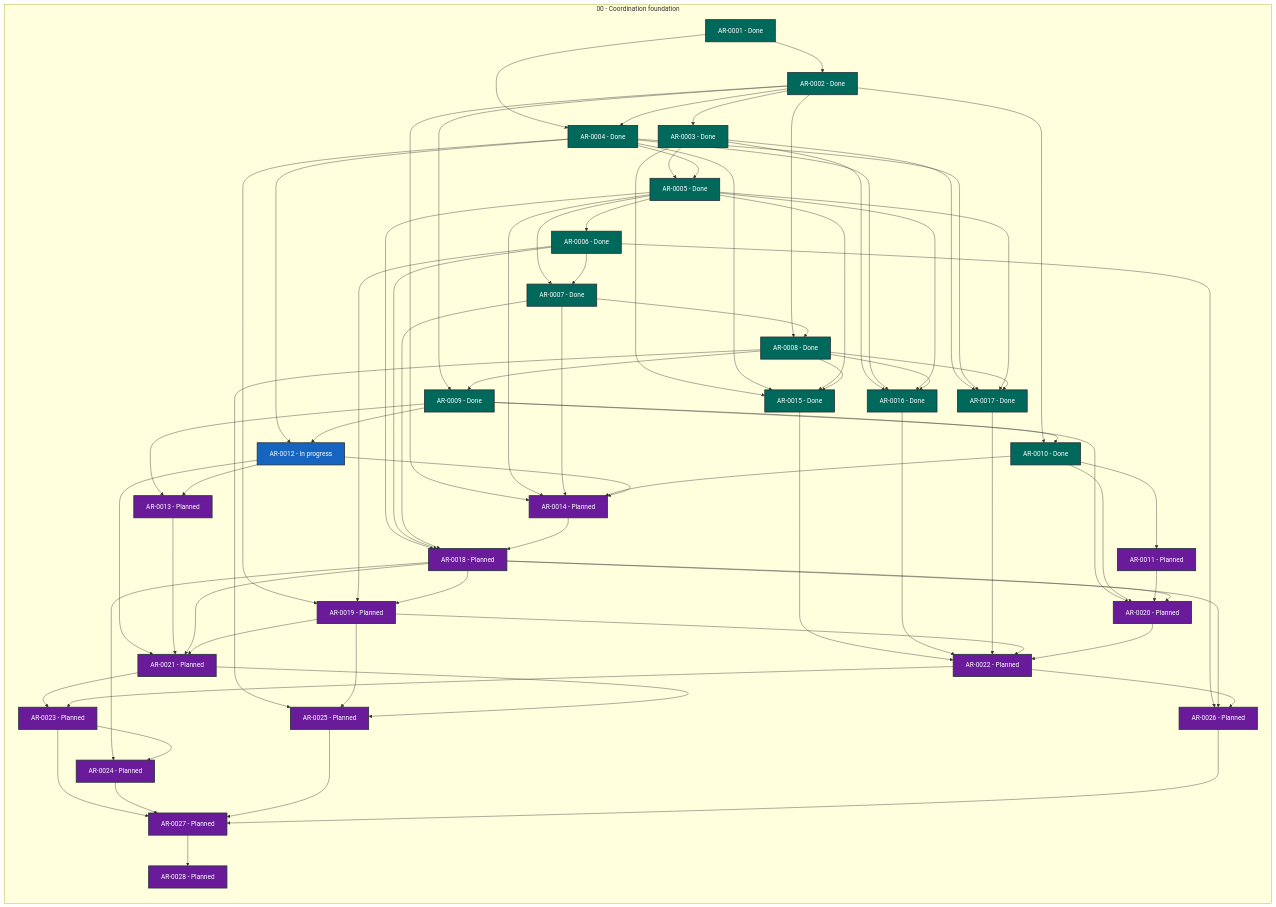
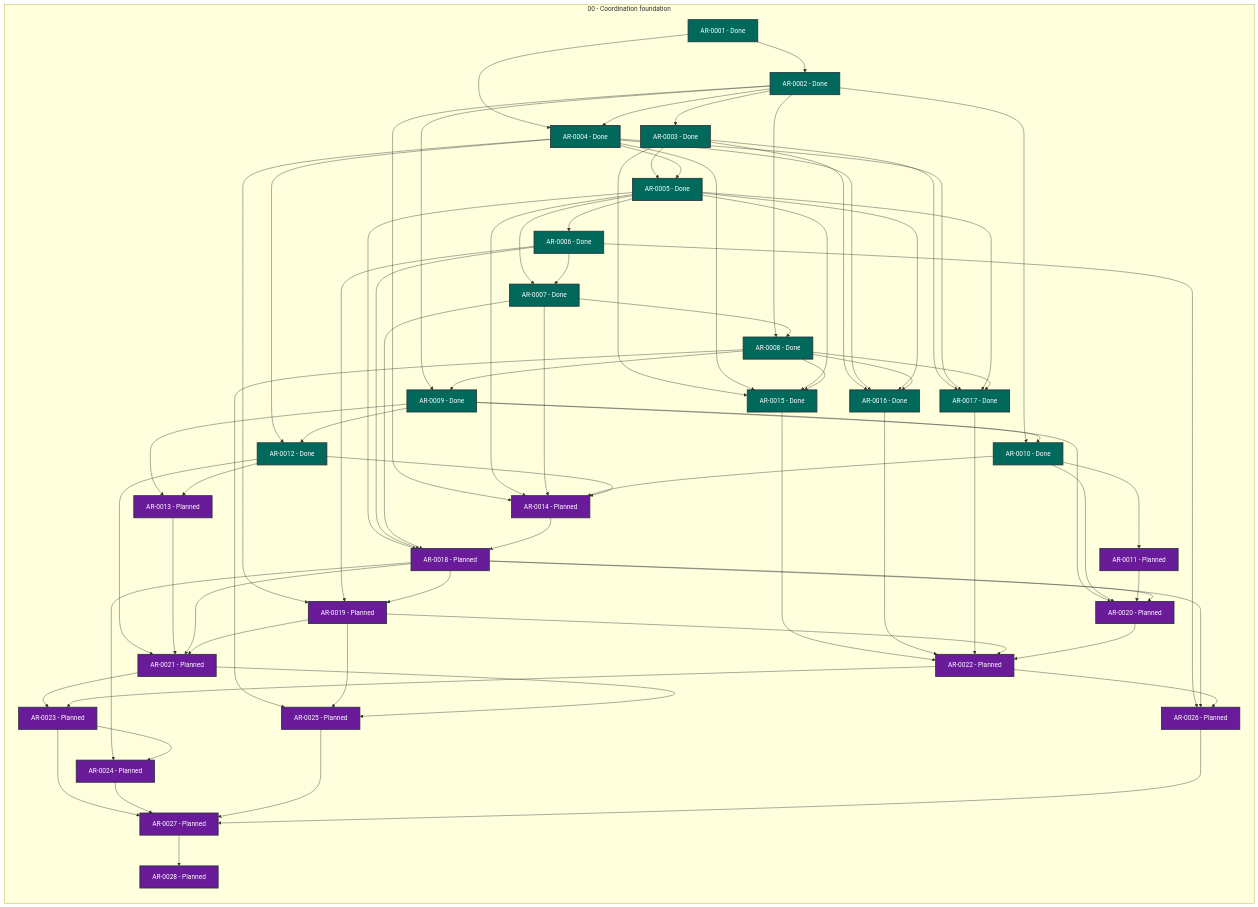
Before and after one commit to martin-beck/agent-workflow-runtime-state: the diagram in STATUS.md, drawn with Mermaid. The commit also changed other lines of this file and 2 other files, not shown here.

```diff
--- a/STATUS.md
+++ b/STATUS.md
@@ -39,7 +39,7 @@
         AR_0009["AR-0009 - Done"]:::status_done
         AR_0010["AR-0010 - Done"]:::status_done
         AR_0011["AR-0011 - Planned"]:::status_planned
-        AR_0012["AR-0012 - In progress"]:::status_in_progress
+        AR_0012["AR-0012 - Done"]:::status_done
         AR_0013["AR-0013 - Planned"]:::status_planned
         AR_0014["AR-0014 - Planned"]:::status_planned
         AR_0015["AR-0015 - Done"]:::status_done
```
